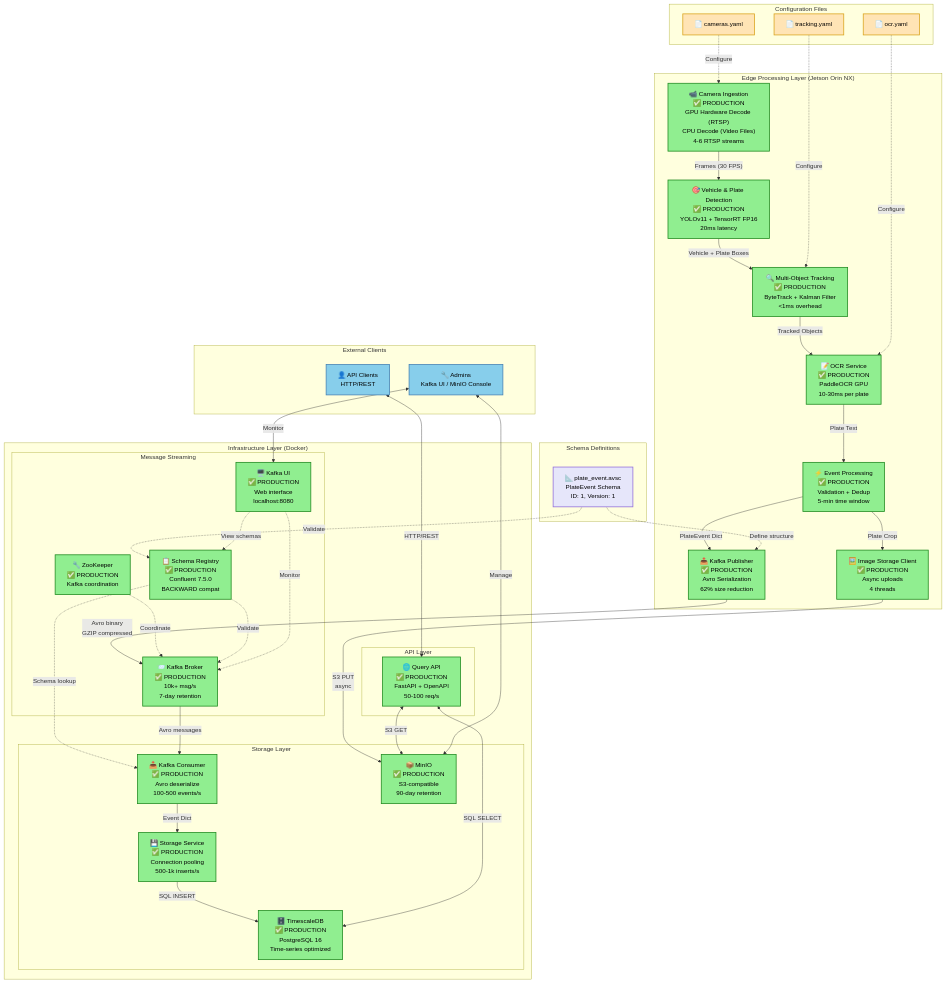
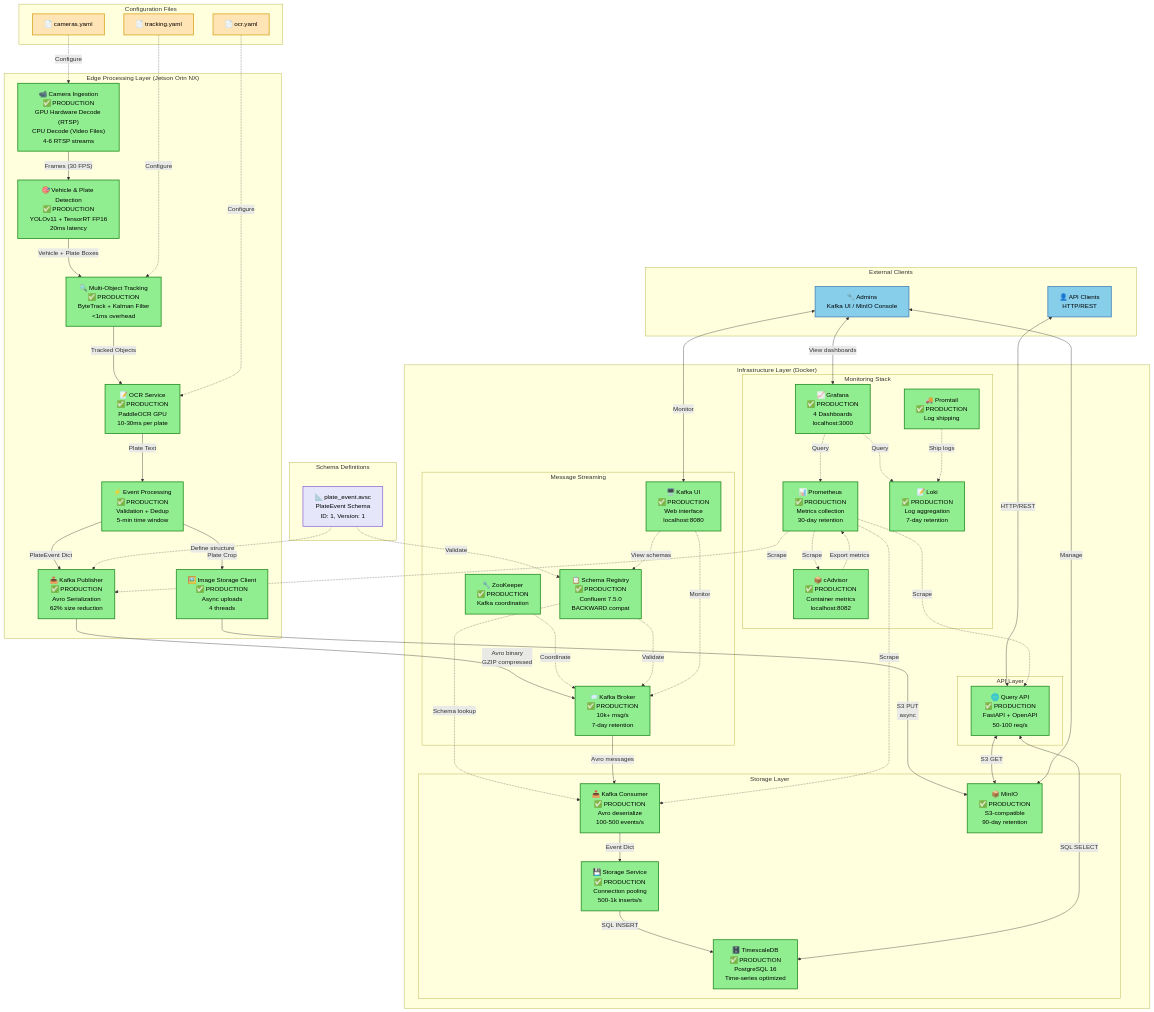
One commit to Azhundev/oversight-alpr-app changed the first of 9 diagrams in docs/ALPR_Pipeline/Project_Architecture_Chart.md. Above: the diagram before and after it, drawn with Mermaid. The commit also changed other lines of this file and 48 other files, not shown here.

First line of the commit message:
docs: Update ALPR Pipeline documentation with monitoring stack and edge/core architecture

```diff
--- a/docs/ALPR_Pipeline/Project_Architecture_Chart.md
+++ b/docs/ALPR_Pipeline/Project_Architecture_Chart.md
@@ -43,6 +43,14 @@
 
         subgraph "API Layer"
             API["🌐 Query API<br/>✅ PRODUCTION<br/>FastAPI + OpenAPI<br/>50-100 req/s"]
+        end
+
+        subgraph "Monitoring Stack"
+            PROM["📊 Prometheus<br/>✅ PRODUCTION<br/>Metrics collection<br/>30-day retention"]
+            GRAF["📈 Grafana<br/>✅ PRODUCTION<br/>4 Dashboards<br/>localhost:3000"]
+            LOKI["📝 Loki<br/>✅ PRODUCTION<br/>Log aggregation<br/>7-day retention"]
+            PTAIL["🚚 Promtail<br/>✅ PRODUCTION<br/>Log shipping"]
+            CADV["📦 cAdvisor<br/>✅ PRODUCTION<br/>Container metrics<br/>localhost:8082"]
         end
     end
 
@@ -95,13 +103,24 @@
     UI -.->|"Monitor"| KAFKA
     UI -.->|"View schemas"| SR
 
+    %% Monitoring Flow
+    PROM -.->|"Scrape"| PUB
+    PROM -.->|"Scrape"| CONS
+    PROM -.->|"Scrape"| API
+    PROM -.->|"Scrape"| CADV
+    GRAF -.->|"Query"| PROM
+    GRAF -.->|"Query"| LOKI
+    PTAIL -.->|"Ship logs"| LOKI
+    CADV -.->|"Export metrics"| PROM
+    ADMIN <-->|"View dashboards"| GRAF
+
     %% Styling
     classDef production fill:#90EE90,stroke:#228B22,stroke-width:2px,color:#000
     classDef config fill:#FFE4B5,stroke:#DAA520,stroke-width:2px,color:#000
     classDef schema fill:#E6E6FA,stroke:#9370DB,stroke-width:2px,color:#000
     classDef client fill:#87CEEB,stroke:#4682B4,stroke-width:2px,color:#000
 
-    class CAM,DET,TRK,OCR,EVT,PUB,IMG,ZK,KAFKA,SR,UI,CONS,STORE,TSDB,MINIO,API production
+    class CAM,DET,TRK,OCR,EVT,PUB,IMG,ZK,KAFKA,SR,UI,CONS,STORE,TSDB,MINIO,API,PROM,GRAF,LOKI,PTAIL,CADV production
     class CFG1,CFG2,CFG3 config
     class SCHEMA schema
     class CLIENT,ADMIN client
```
